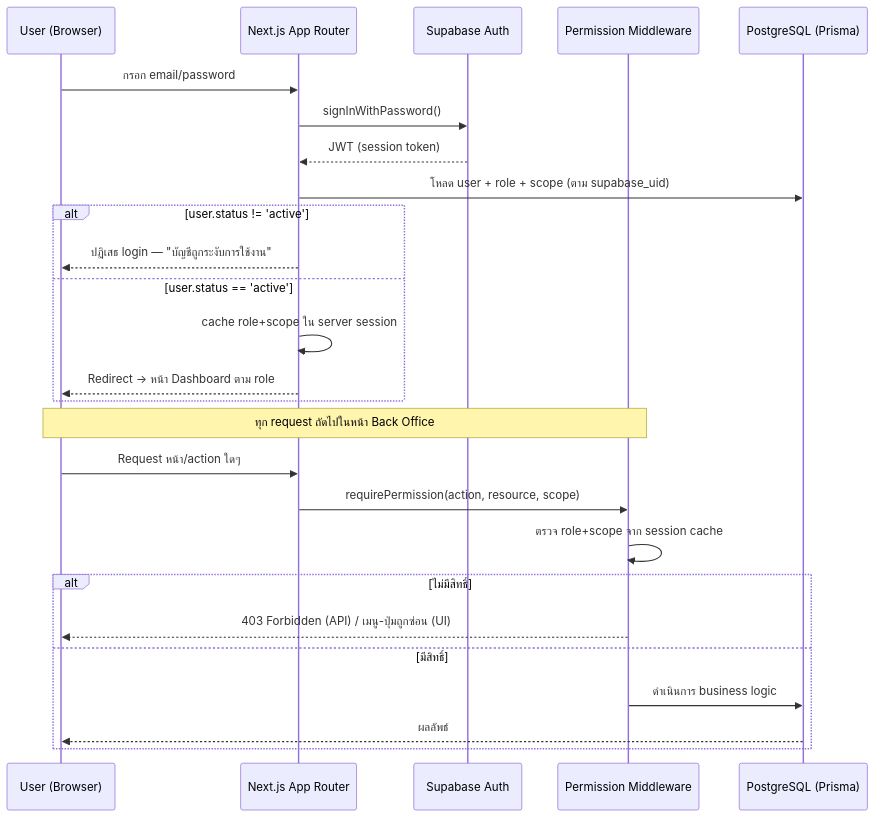
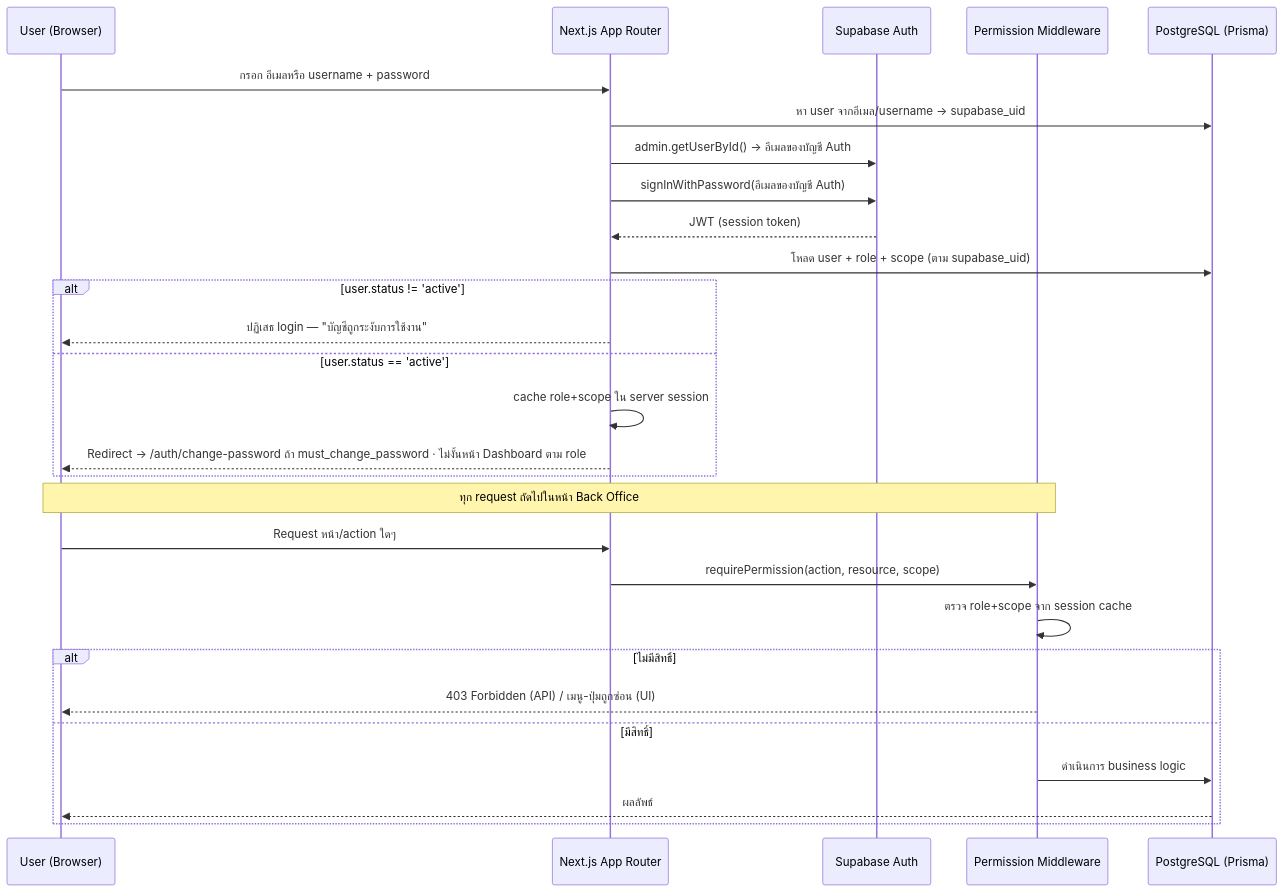
One commit to soodkhet/AssetRecovery changed the diagram in docs/05-auth-and-access-control.md. Above: the diagram before and after it, drawn with Mermaid. The commit also changed other lines of this file and 54 other files, not shown here.

````diff
--- a/docs/05-auth-and-access-control.md
+++ b/docs/05-auth-and-access-control.md
@@ -71,30 +72,32 @@
 ```mermaid
 sequenceDiagram
     participant U as User (Browser)
     participant Web as Next.js App Router
     participant Auth as Supabase Auth
     participant MW as Permission Middleware
     participant DB as PostgreSQL (Prisma)
 
-    U->>Web: กรอก email/password
-    Web->>Auth: signInWithPassword()
+    U->>Web: กรอก อีเมลหรือ username + password
+    Web->>DB: หา user จากอีเมล/username → supabase_uid
+    Web->>Auth: admin.getUserById() → อีเมลของบัญชี Auth
+    Web->>Auth: signInWithPassword(อีเมลของบัญชี Auth)
     Auth-->>Web: JWT (session token)
     Web->>DB: โหลด user + role + scope (ตาม supabase_uid)
     alt user.status != 'active'
         Web-->>U: ปฏิเสธ login — "บัญชีถูกระงับการใช้งาน"
     else user.status == 'active'
         Web->>Web: cache role+scope ใน server session
-        Web-->>U: Redirect → หน้า Dashboard ตาม role
+        Web-->>U: Redirect → /auth/change-password ถ้า must_change_password · ไม่งั้นหน้า Dashboard ตาม role
     end
 
     Note over U,MW: ทุก request ถัดไปในหน้า Back Office
     U->>Web: Request หน้า/action ใดๆ
     Web->>MW: requirePermission(action, resource, scope)
     MW->>MW: ตรวจ role+scope จาก session cache
     alt ไม่มีสิทธิ์
         MW-->>U: 403 Forbidden (API) / เมนู-ปุ่มถูกซ่อน (UI)
     else มีสิทธิ์
         MW->>DB: ดำเนินการ business logic
         DB-->>U: ผลลัพธ์
     end
 ```
````
